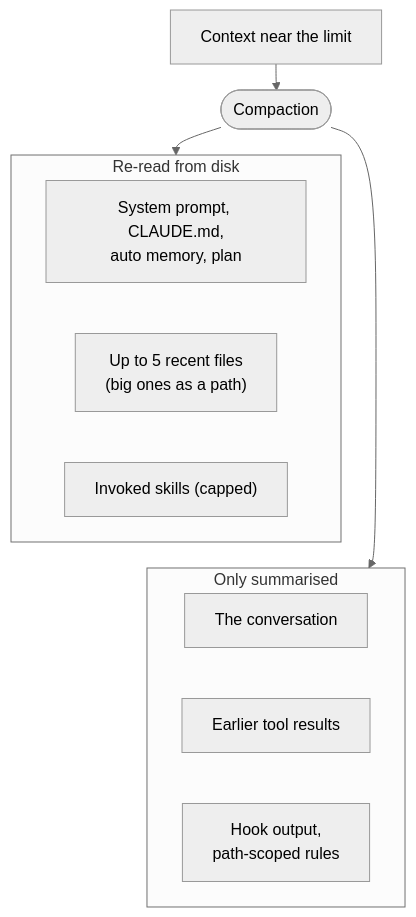
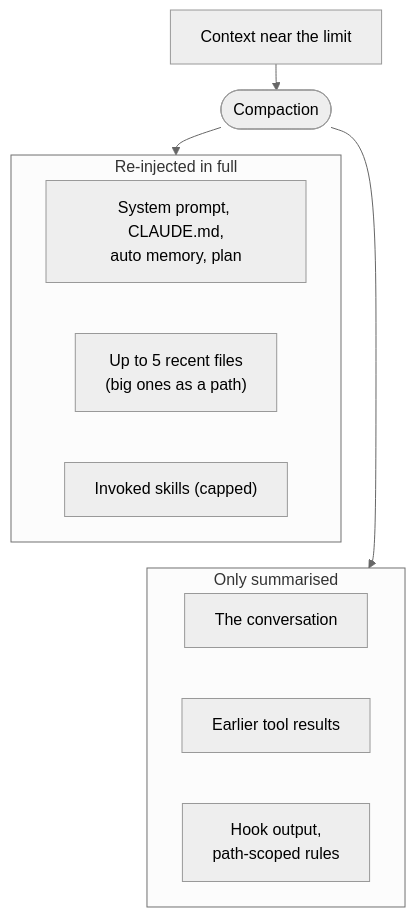
The diagram in diagrams/src/compaction-survival.mmd (joshxinjie/agentic-harness-notes), drawn with Mermaid (neutral theme) before and after one commit. The commit also changed 2 other files, not shown here.

```diff
--- a/diagrams/src/compaction-survival.mmd
+++ b/diagrams/src/compaction-survival.mmd
@@ -1,20 +1,20 @@
 %%{init: {"flowchart": {"rankSpacing": 26}}}%%
 flowchart TD
     C["Context near the limit"] --> A(["Compaction"])
     A --> D
-    subgraph D["Re-read from disk"]
+    subgraph D["Re-injected in full"]
         direction TB
         D1["System prompt, CLAUDE.md,<br>auto memory, plan"]
         D2["Up to 5 recent files<br>(big ones as a path)"]
         D3["Invoked skills (capped)"]
         D1 ~~~ D2 ~~~ D3
     end
     D ~~~ S
     subgraph S["Only summarised"]
         direction TB
         S1["The conversation"]
         S2["Earlier tool results"]
         S3["Hook output,<br>path-scoped rules"]
         S1 ~~~ S2 ~~~ S3
     end
     A --> S
```
